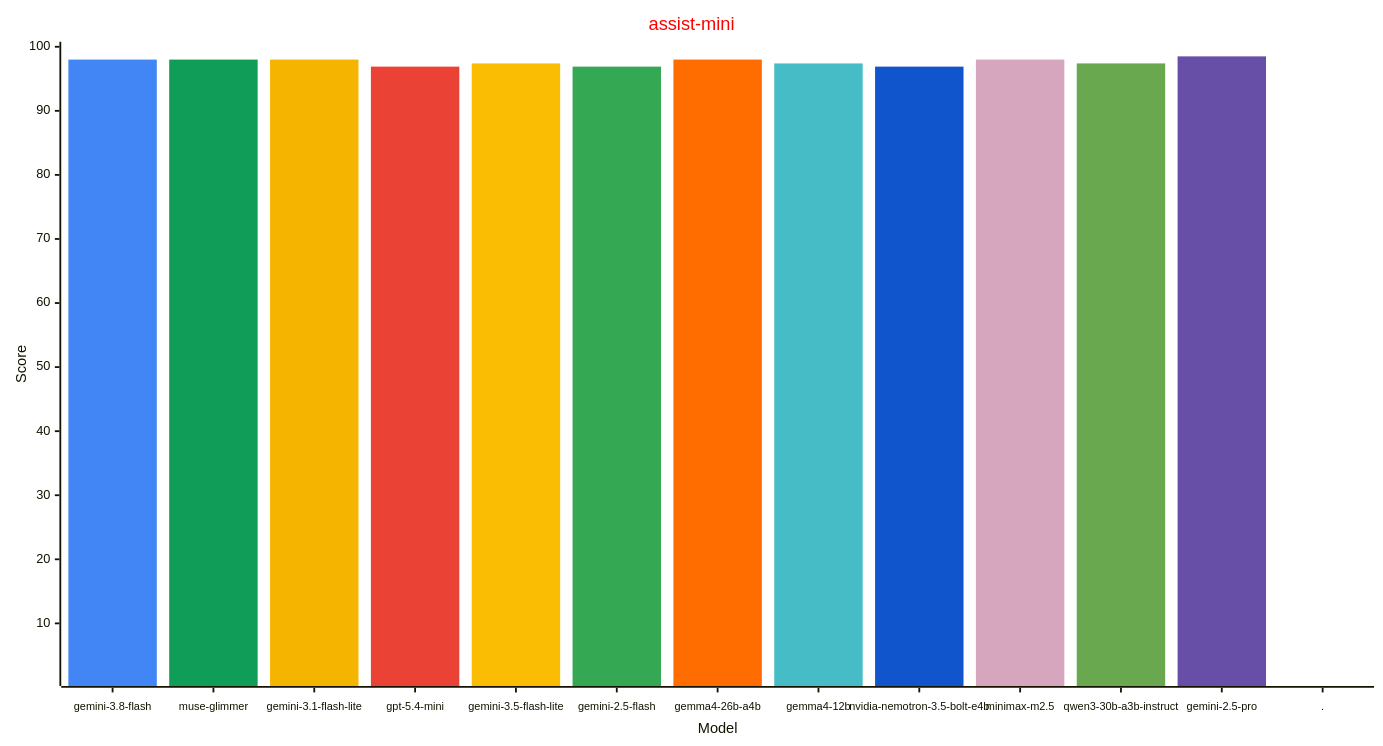
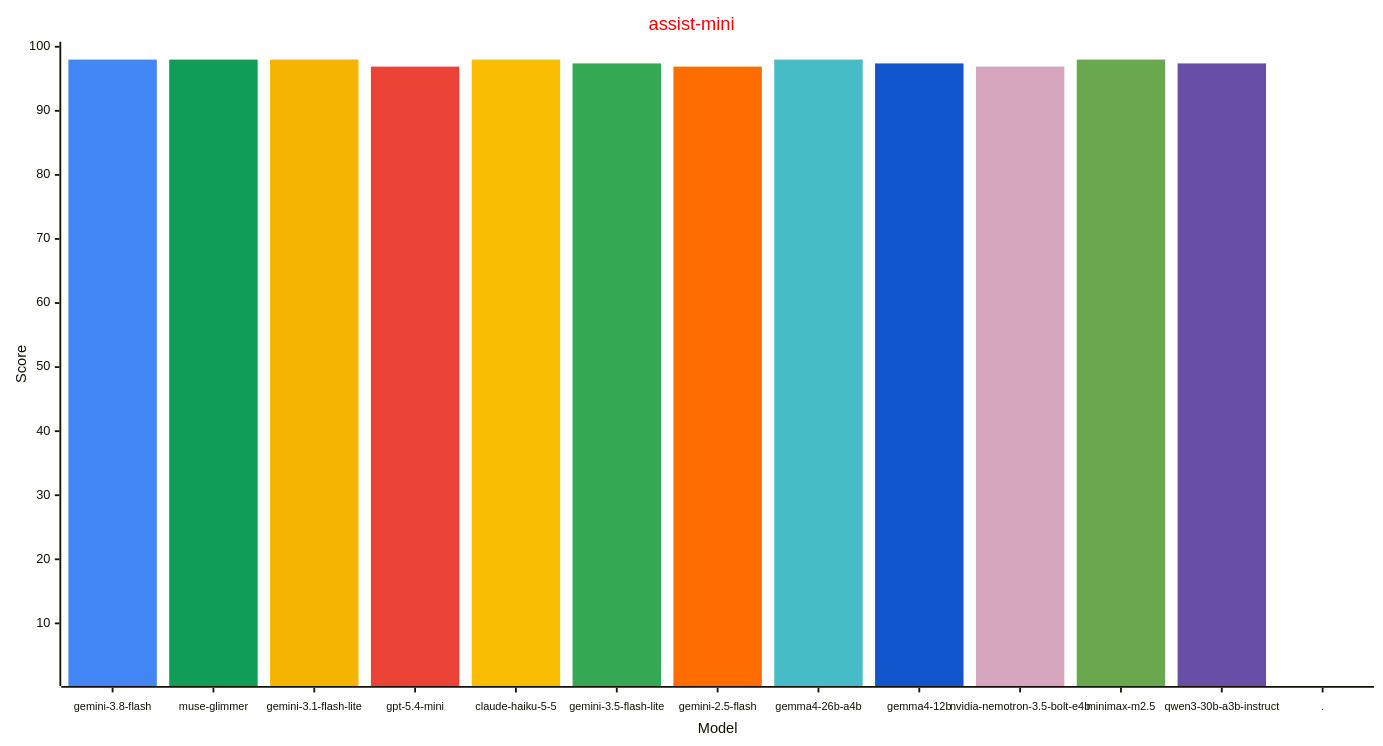
The second of 4 diagrams in reports/README.md (allenporter/home-assistant-datasets), drawn with Mermaid before and after one commit. The commit also changed other lines of this file, not shown here.

````diff
--- a/reports/README.md
+++ b/reports/README.md
@@ -134,33 +135,33 @@
 ```mermaid
 ---
 config:
     xyChart:
         width: 1500
         height: 800
         xAxis:
           labelFontSize: 12
           labelPadding: 8
     themeVariables:
         xyChart:
             titleColor: "#ff0000"
             plotColorPalette: "#4285f4, #0f9d58, #f4b400, #ea4335, #fbbc04, #34a853, #ff6d01, #46bdc6, #1155cc, #d5a6bd, #6aa84f, #674ea7, #4285f4"
 
 ---
 xychart-beta
   title "assist-mini"
-  x-axis "Model" [gemini-3.8-flash, muse-glimmer, gemini-3.1-flash-lite, gpt-5.4-mini, gemini-3.5-flash-lite, gemini-2.5-flash, gemma4-26b-a4b, gemma4-12b, nvidia-nemotron-3.5-bolt-e4b, minimax-m2.5, qwen3-30b-a3b-instruct, gemini-2.5-pro, .]
+  x-axis "Model" [gemini-3.8-flash, muse-glimmer, gemini-3.1-flash-lite, gpt-5.4-mini, claude-haiku-5-5, gemini-3.5-flash-lite, gemini-2.5-flash, gemma4-26b-a4b, gemma4-12b, nvidia-nemotron-3.5-bolt-e4b, minimax-m2.5, qwen3-30b-a3b-instruct, .]
   y-axis "Score" 1 --> 100
   bar [98.0, 0.0, 0.0, 0.0, 0.0, 0.0, 0.0, 0.0, 0.0, 0.0, 0.0, 0.0, 0.0]
   bar [0.0, 98.0, 0.0, 0.0, 0.0, 0.0, 0.0, 0.0, 0.0, 0.0, 0.0, 0.0, 0.0]
   bar [0.0, 0.0, 98.0, 0.0, 0.0, 0.0, 0.0, 0.0, 0.0, 0.0, 0.0, 0.0, 0.0]
   bar [0.0, 0.0, 0.0, 96.9, 0.0, 0.0, 0.0, 0.0, 0.0, 0.0, 0.0, 0.0, 0.0]
-  bar [0.0, 0.0, 0.0, 0.0, 97.4, 0.0, 0.0, 0.0, 0.0, 0.0, 0.0, 0.0, 0.0]
-  bar [0.0, 0.0, 0.0, 0.0, 0.0, 96.9, 0.0, 0.0, 0.0, 0.0, 0.0, 0.0, 0.0]
-  bar [0.0, 0.0, 0.0, 0.0, 0.0, 0.0, 98.0, 0.0, 0.0, 0.0, 0.0, 0.0, 0.0]
-  bar [0.0, 0.0, 0.0, 0.0, 0.0, 0.0, 0.0, 97.4, 0.0, 0.0, 0.0, 0.0, 0.0]
-  bar [0.0, 0.0, 0.0, 0.0, 0.0, 0.0, 0.0, 0.0, 96.9, 0.0, 0.0, 0.0, 0.0]
-  bar [0.0, 0.0, 0.0, 0.0, 0.0, 0.0, 0.0, 0.0, 0.0, 98.0, 0.0, 0.0, 0.0]
-  bar [0.0, 0.0, 0.0, 0.0, 0.0, 0.0, 0.0, 0.0, 0.0, 0.0, 97.4, 0.0, 0.0]
-  bar [0.0, 0.0, 0.0, 0.0, 0.0, 0.0, 0.0, 0.0, 0.0, 0.0, 0.0, 98.5, 0.0]
+  bar [0.0, 0.0, 0.0, 0.0, 98.0, 0.0, 0.0, 0.0, 0.0, 0.0, 0.0, 0.0, 0.0]
+  bar [0.0, 0.0, 0.0, 0.0, 0.0, 97.4, 0.0, 0.0, 0.0, 0.0, 0.0, 0.0, 0.0]
+  bar [0.0, 0.0, 0.0, 0.0, 0.0, 0.0, 96.9, 0.0, 0.0, 0.0, 0.0, 0.0, 0.0]
+  bar [0.0, 0.0, 0.0, 0.0, 0.0, 0.0, 0.0, 98.0, 0.0, 0.0, 0.0, 0.0, 0.0]
+  bar [0.0, 0.0, 0.0, 0.0, 0.0, 0.0, 0.0, 0.0, 97.4, 0.0, 0.0, 0.0, 0.0]
+  bar [0.0, 0.0, 0.0, 0.0, 0.0, 0.0, 0.0, 0.0, 0.0, 96.9, 0.0, 0.0, 0.0]
+  bar [0.0, 0.0, 0.0, 0.0, 0.0, 0.0, 0.0, 0.0, 0.0, 0.0, 98.0, 0.0, 0.0]
+  bar [0.0, 0.0, 0.0, 0.0, 0.0, 0.0, 0.0, 0.0, 0.0, 0.0, 0.0, 97.4, 0.0]
   bar [0.0, 0.0, 0.0, 0.0, 0.0, 0.0, 0.0, 0.0, 0.0, 0.0, 0.0, 0.0, -1.0]
 ```
````
